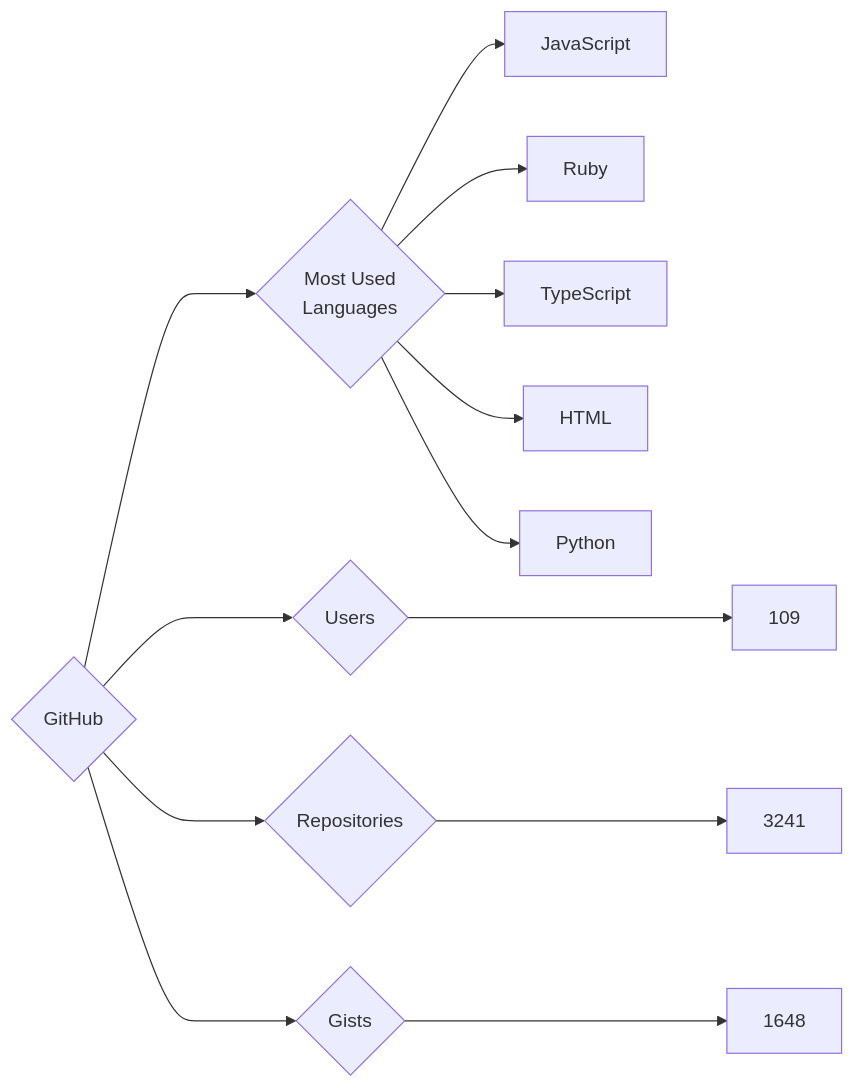
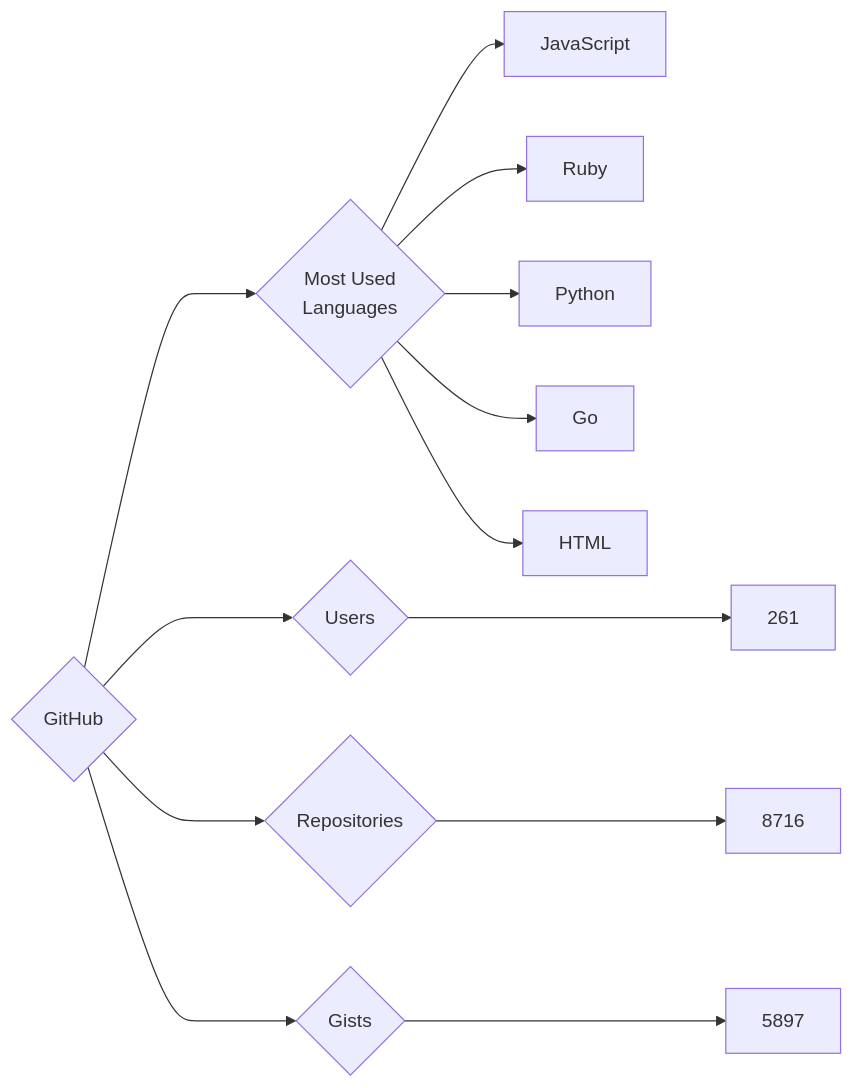
Before and after one commit to trickest/insiders: the diagram in targets/GitHub/README.md, drawn with Mermaid. The commit also changed 440 other files, not shown here.

````diff
--- a/targets/GitHub/README.md
+++ b/targets/GitHub/README.md
@@ -3,13 +3,13 @@
 ```mermaid
 graph LR
 COMPANY_NAME{GitHub}
-COMPANY_NAME ---> U{Users} ---> UN[109]
-COMPANY_NAME ---> R{Repositories} ---> RN[3241]
-COMPANY_NAME ---> G{Gists} ---> GN[1648]
+COMPANY_NAME ---> U{Users} ---> UN[261]
+COMPANY_NAME ---> R{Repositories} ---> RN[8716]
+COMPANY_NAME ---> G{Gists} ---> GN[5897]
 COMPANY_NAME ---> ML{Most Used<br>Languages}
 ML --> JavaScript[JavaScript]
 ML --> Ruby[Ruby]
-ML --> TypeScript[TypeScript]
+ML --> Python[Python]
+ML --> Go[Go]
 ML --> HTML[HTML]
-ML --> Python[Python]
 ```
````
